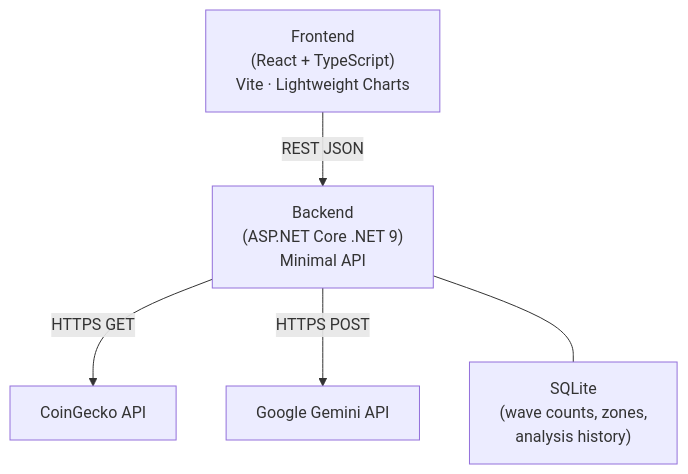
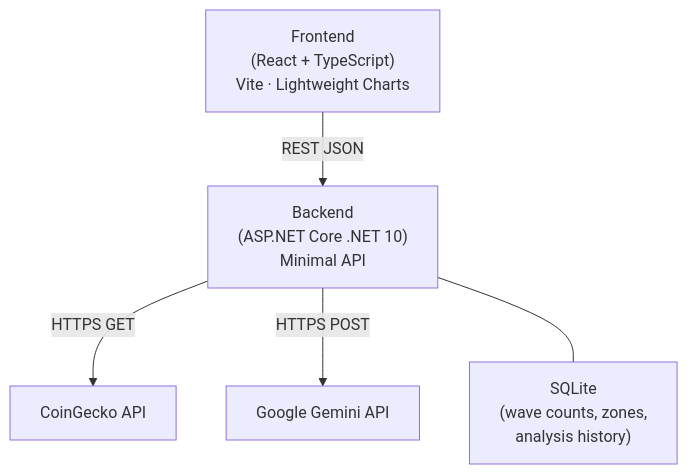
One commit to NexusHero/ElliotWaveAnalyzer changed the second of 9 diagrams in docs/architecture.md. Above: the diagram before and after it, drawn with Mermaid. The commit also changed other lines of this file and 34 other files, not shown here.

````diff
--- a/docs/architecture.md
+++ b/docs/architecture.md
@@ -165,13 +165,13 @@
 ```mermaid
 graph TD
     FE["Frontend\n(React + TypeScript)\nVite · Lightweight Charts"]
-    BE["Backend\n(ASP.NET Core .NET 9)\nMinimal API"]
+    BE["Backend\n(ASP.NET Core .NET 10)\nMinimal API"]
     CG["CoinGecko API"]
     GEM["Google Gemini API"]
     DB["SQLite\n(wave counts, zones,\nanalysis history)"]
 
     FE -- "REST JSON" --> BE
     BE -- "HTTPS GET" --> CG
     BE -- "HTTPS POST" --> GEM
     BE --- DB
 ```
````
